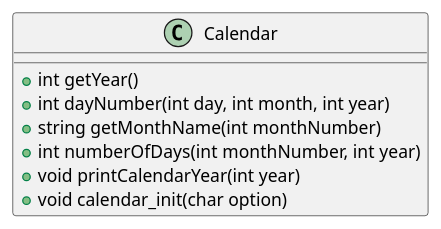
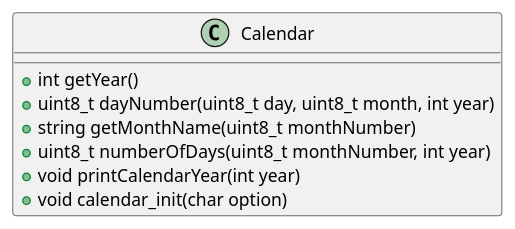
The diagram in Calendar_Clock/docs/UML/calendar.puml (Robin005cr/Calendar-and-Clock), drawn with PlantUML before and after one commit. The commit also changed 53 other files, not shown here.

```diff
--- a/Calendar_Clock/docs/UML/calendar.puml
+++ b/Calendar_Clock/docs/UML/calendar.puml
@@ -1,10 +1,10 @@
 @startuml calendar.puml
 class Calendar{
 	+ int getYear()
-	+ int dayNumber(int day, int month, int year)
-	+ string getMonthName(int monthNumber)
-	+ int numberOfDays(int monthNumber, int year)
+	+ uint8_t dayNumber(uint8_t day, uint8_t month, int year)
+	+ string getMonthName(uint8_t monthNumber)
+	+ uint8_t numberOfDays(uint8_t monthNumber, int year)
 	+ void printCalendarYear(int year)
 	+ void calendar_init(char option)
 }
 @enduml
```
